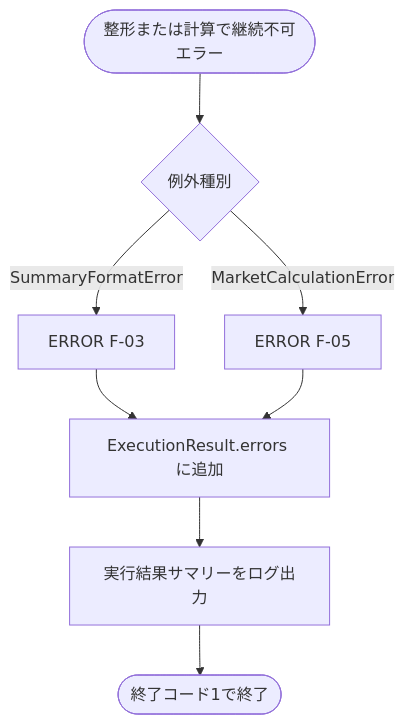
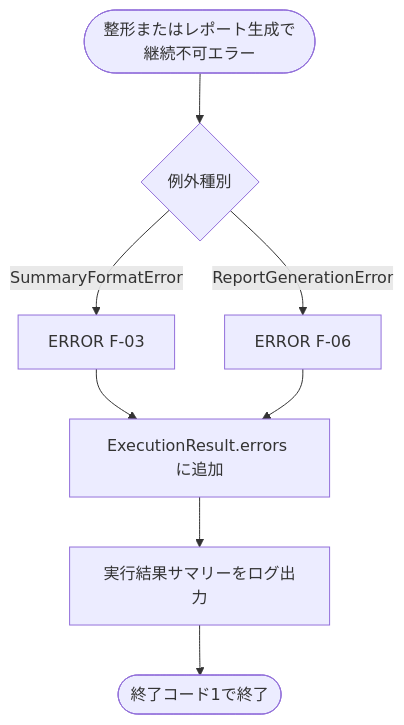
One commit to yukino-nulldebug/news changed the fourth of 4 diagrams in docs/detail-design/詳細設計Phase 3.md. Above: the diagram before and after it, drawn with Mermaid. The commit also changed other lines of this file and 30 other files, not shown here.

````diff
--- a/docs/detail-design/詳細設計Phase 3.md
+++ b/docs/detail-design/詳細設計Phase 3.md
@@ -720,10 +718,10 @@
 ```mermaid
 flowchart TD
-    A([整形または計算で継続不可エラー]) --> B{例外種別}
+    A([整形またはレポート生成で継続不可エラー]) --> B{例外種別}
     B -->|SummaryFormatError| C[ERROR F-03]
-    B -->|MarketCalculationError| D[ERROR F-05]
+    B -->|ReportGenerationError| D[ERROR F-06]
     C --> E[ExecutionResult.errors に追加]
     D --> E
     E --> F[実行結果サマリーをログ出力]
     F --> G([終了コード1で終了])
 ```
````
